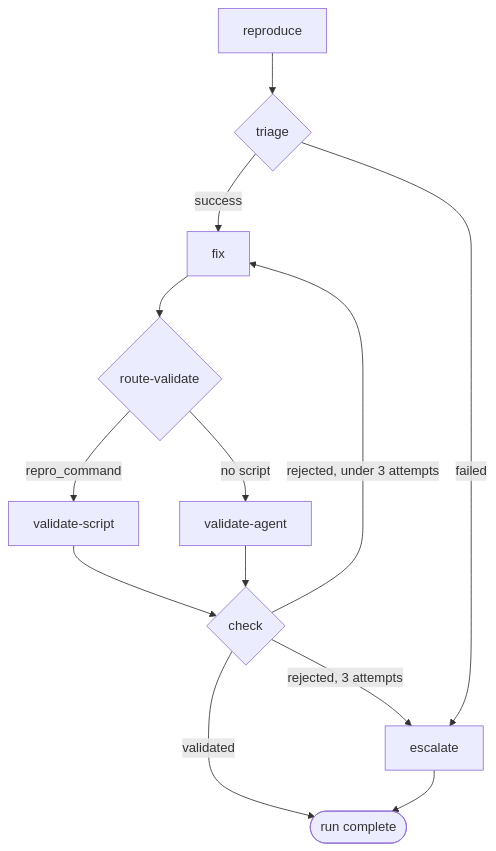
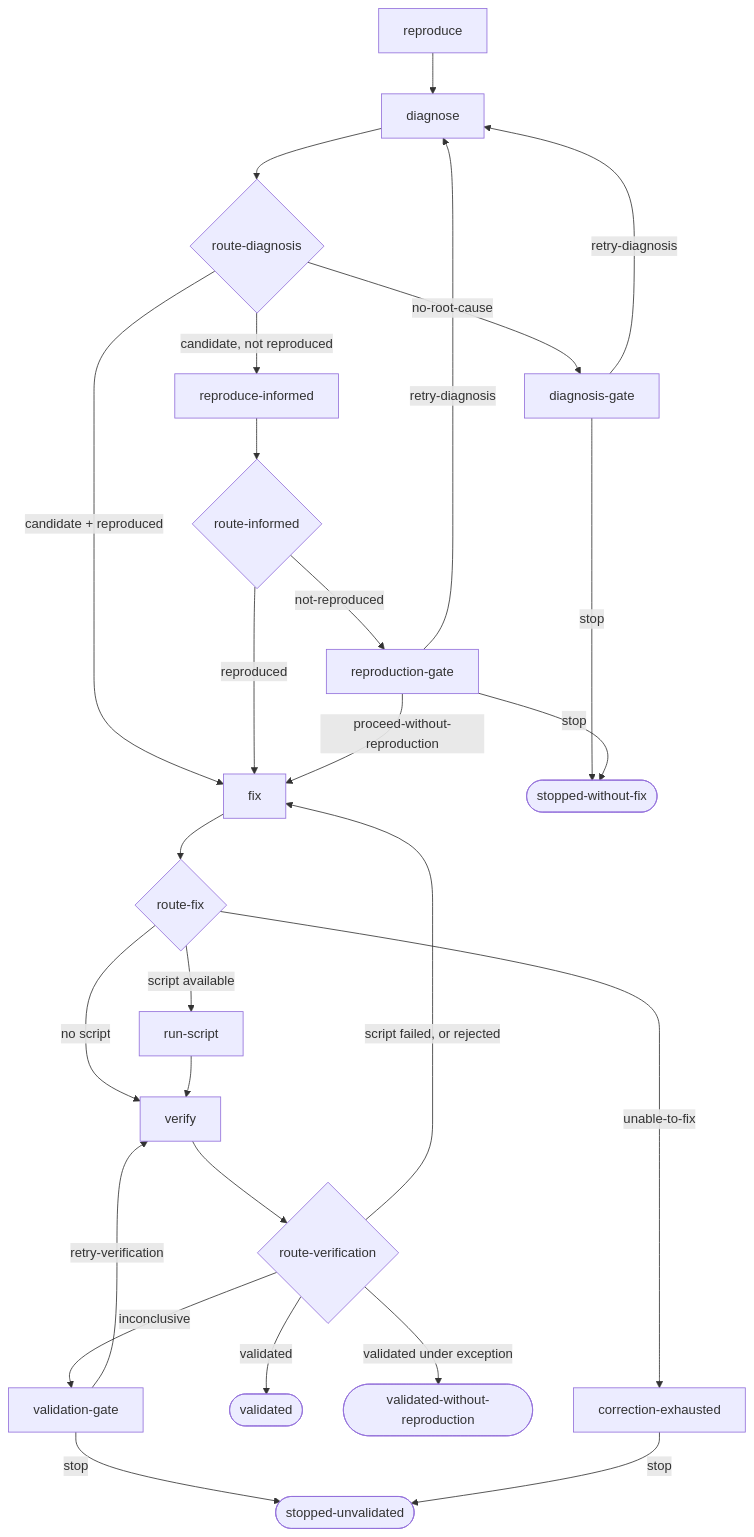
One commit to bjornt/ompire changed the diagram in docs/use/reference/bugfix-workflow.md. Above: the diagram before and after it, drawn with Mermaid. The commit also changed other lines of this file and 18 other files, not shown here.

````diff
--- a/docs/use/reference/bugfix-workflow.md
+++ b/docs/use/reference/bugfix-workflow.md
@@ -41,15 +58,29 @@
 ```mermaid
 flowchart TD
-    R[reproduce] --> T{triage}
-    T -->|success| F[fix]
-    T -->|failed| E[escalate]
-    F --> RV{route-validate}
-    RV -->|repro_command| VS[validate-script]
-    RV -->|no script| VA[validate-agent]
-    VS --> C{check}
-    VA --> C
-    C -->|validated| DONE([run complete])
-    C -->|rejected, under 3 attempts| F
-    C -->|rejected, 3 attempts| E
-    E --> DONE
+    R[reproduce] --> D[diagnose]
+    D --> RD{route-diagnosis}
+    RD -->|no-root-cause| DG[diagnosis-gate]
+    RD -->|candidate + reproduced| F[fix]
+    RD -->|candidate, not reproduced| RI[reproduce-informed]
+    RI --> RIN{route-informed}
+    RIN -->|reproduced| F
+    RIN -->|not-reproduced| RG[reproduction-gate]
+    DG -->|retry-diagnosis| D
+    DG -->|stop| SW([stopped-without-fix])
+    RG -->|retry-diagnosis| D
+    RG -->|proceed-without-reproduction| F
+    RG -->|stop| SW
+    F --> RF{route-fix}
+    RF -->|unable-to-fix| CE[correction-exhausted]
+    RF -->|script available| RS[run-script]
+    RF -->|no script| V[verify]
+    RS --> V
+    V --> RV{route-verification}
+    RV -->|script failed, or rejected| F
+    RV -->|validated| OK([validated])
+    RV -->|validated under exception| OKX([validated-without-reproduction])
+    RV -->|inconclusive| VG[validation-gate]
+    VG -->|retry-verification| V
+    VG -->|stop| SU([stopped-unvalidated])
+    CE -->|stop| SU
 ```
````
